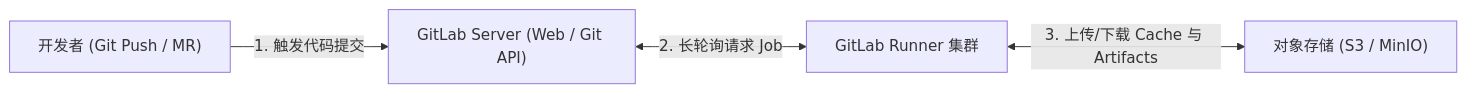
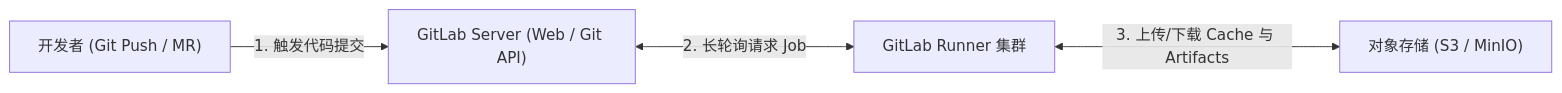
Before and after one commit to koosai/AI-Architect-Learning: the third of 6 diagrams in docs/atlas/gitlab-ci.mdx, drawn with Mermaid. The commit also changed other lines of this file and 68 other files, not shown here.

Commit message:
fix(atlas): fix browser client-side Mermaid rendering for mindmaps and flowcharts across 67 case studies

````diff
--- a/docs/atlas/gitlab-ci.mdx
+++ b/docs/atlas/gitlab-ci.mdx
@@ -113,6 +113,6 @@
 ```mermaid
 graph LR
   Developer["开发者 (Git Push / MR)"] -->|1. 触发代码提交| GitLabServer["GitLab Server (Web / Git API)"]
-  GitLabServer <-->|2. 长轮询请求 Job| RunnerManager["GitLab Runner 集群"]
-  RunnerManager <-->|3. 上传/下载 Cache 与 Artifacts| S3Storage["对象存储 (S3 / MinIO)"]
+  GitLabServer <--->|2. 长轮询请求 Job| RunnerManager["GitLab Runner 集群"]
+  RunnerManager <--->|3. 上传/下载 Cache 与 Artifacts| S3Storage["对象存储 (S3 / MinIO)"]
 ```
````
